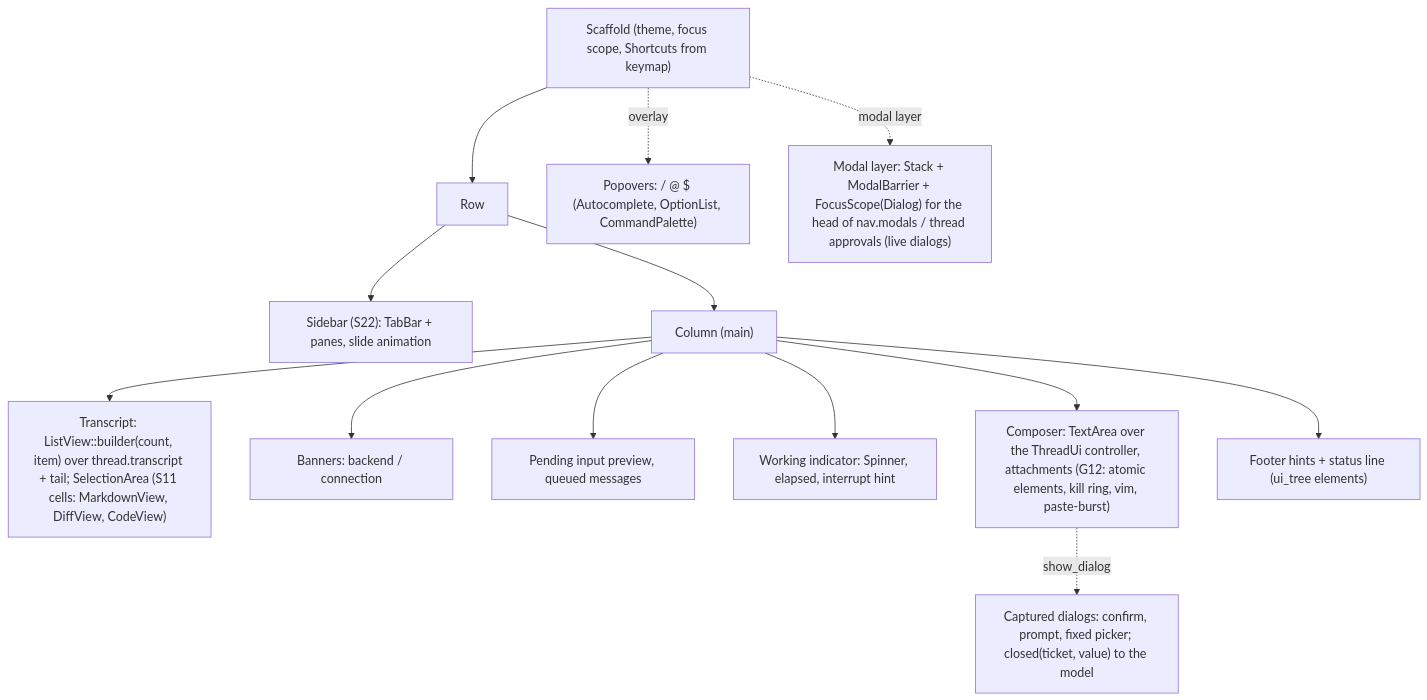
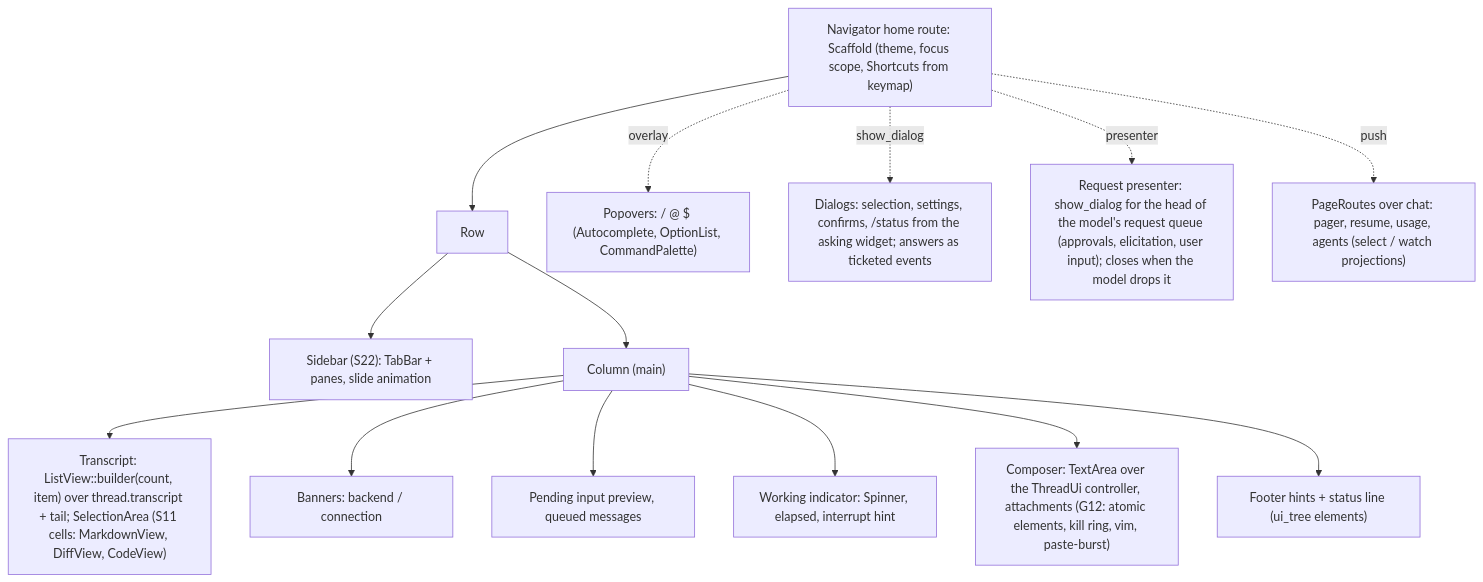
The ninth of 11 diagrams in docs/rtwk-port/design.md (Maryarty/CodexCLI), drawn with Mermaid before and after one commit. The commit also changed other lines of this file and 4 other files, not shown here.

````diff
--- a/docs/rtwk-port/design.md
+++ b/docs/rtwk-port/design.md
@@ -342,16 +336,17 @@
 ```mermaid
 flowchart TB
-  scaffold["Scaffold (theme, focus scope, Shortcuts from keymap)"]
+  scaffold["Navigator home route: Scaffold (theme, focus scope, Shortcuts from keymap)"]
   scaffold --> row["Row"]
   row --> sidebar["Sidebar (S22): TabBar + panes, slide animation"]
   row --> col["Column (main)"]
   col --> list["Transcript: ListView::builder(count, item) over thread.transcript + tail; SelectionArea (S11 cells: MarkdownView, DiffView, CodeView)"]
   col --> banners["Banners: backend / connection"]
   col --> pending["Pending input preview, queued messages"]
   col --> working["Working indicator: Spinner, elapsed, interrupt hint"]
   col --> composer["Composer: TextArea over the ThreadUi controller, attachments (G12: atomic elements, kill ring, vim, paste-burst)"]
   col --> footer["Footer hints + status line (ui_tree elements)"]
   scaffold -.overlay.-> popovers["Popovers: / @ $ (Autocomplete, OptionList, CommandPalette)"]
-  scaffold -.modal layer.-> dialogs["Modal layer: Stack + ModalBarrier + FocusScope(Dialog) for the head of nav.modals / thread approvals (live dialogs)"]
-  composer -.show_dialog.-> confirm["Captured dialogs: confirm, prompt, fixed picker; closed(ticket, value) to the model"]
+  scaffold -.show_dialog.-> dialogs["Dialogs: selection, settings, confirms, /status from the asking widget; answers as ticketed events"]
+  scaffold -.presenter.-> reqs["Request presenter: show_dialog for the head of the model's request queue (approvals, elicitation, user input); closes when the model drops it"]
+  scaffold -.push.-> routes["PageRoutes over chat: pager, resume, usage, agents (select / watch projections)"]
 ```
````
